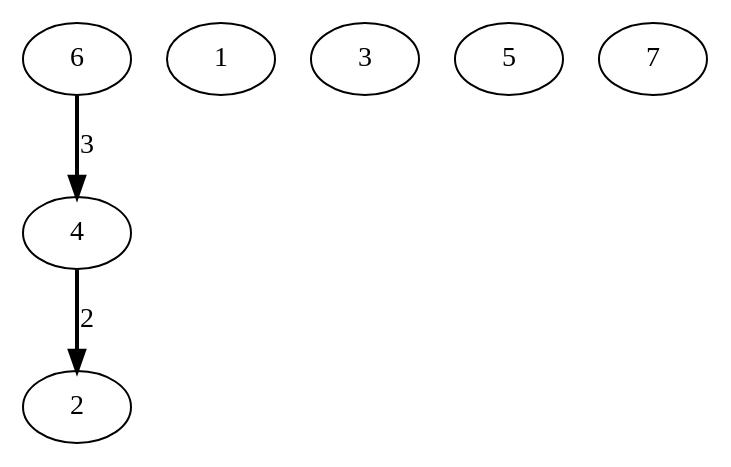
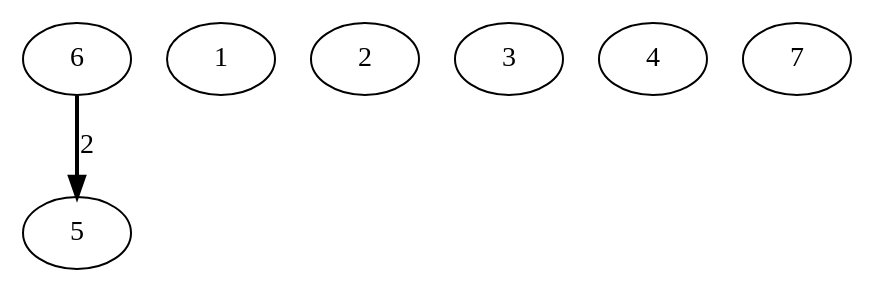
One commit to Musab1Blaser/DynamicTrees_NF changed the diagram in combined_graph.dot. Above: the diagram before and after it, drawn with Graphviz. The commit also changed 9 other files, not shown here.

```diff
--- a/combined_graph.dot
+++ b/combined_graph.dot
@@ -1,11 +1,10 @@
 digraph G {
-6 -> 4 [style=bold, label=3];
-4 -> 2 [style=bold, label=2];
+6 -> 5 [style=bold, label=2];
 1; 
 2; 
 3; 
 4; 
 5; 
 6; 
 7; 
 }
```
